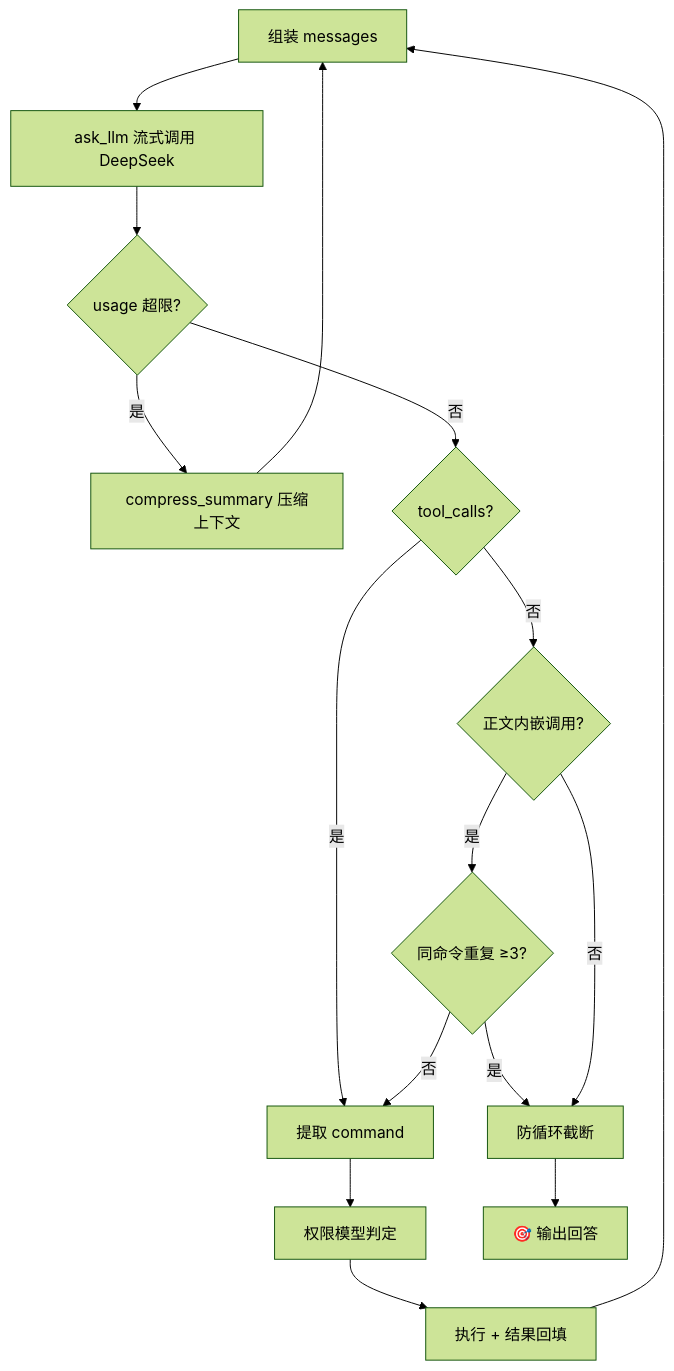
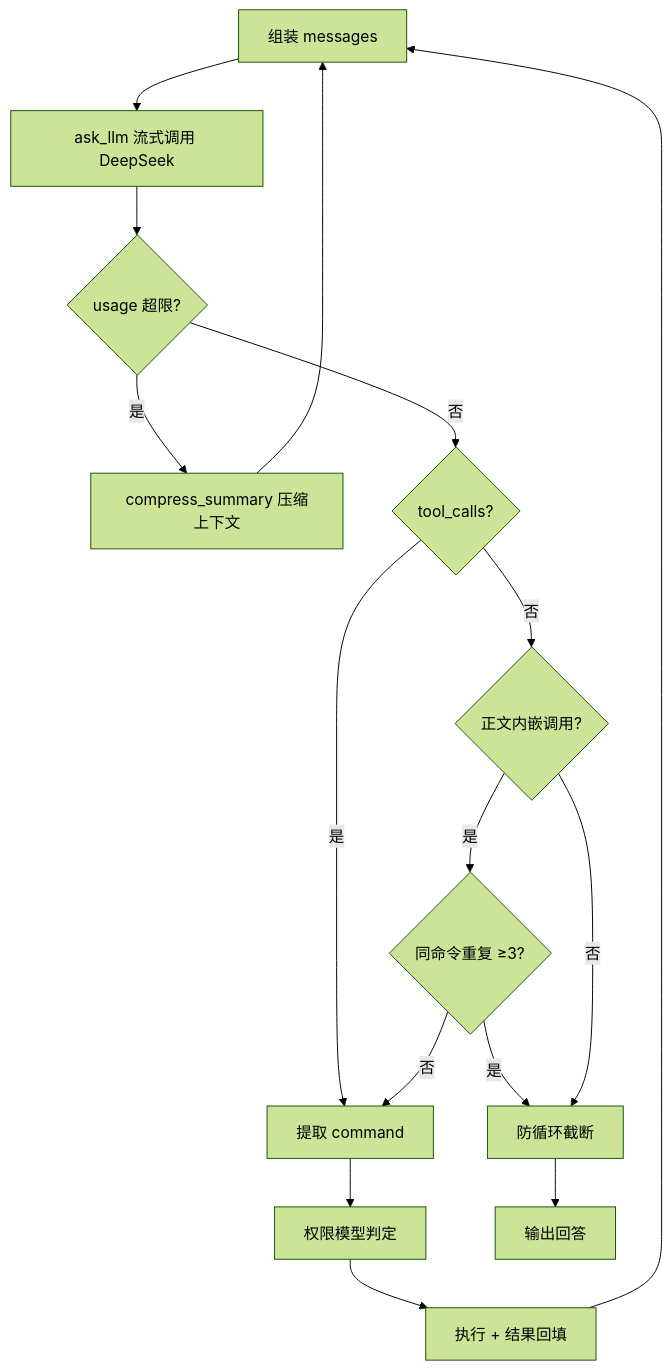
One commit to Xiyinnnnnn/Agent-For-Shell changed the second of 2 diagrams in README.md. Above: the diagram before and after it, drawn with Mermaid (forest theme). The commit also changed other lines of this file, not shown here.

````diff
--- a/README.md
+++ b/README.md
@@ -52,18 +52,18 @@
 ```mermaid
 flowchart TD
     A[组装 messages] --> B[ask_llm 流式调用 DeepSeek]
     B --> C{usage 超限?}
     C -- 是 --> D[compress_summary 压缩上下文]
     D --> A
     C -- 否 --> E{tool_calls?}
     E -- 是 --> F[提取 command]
     F --> G[权限模型判定]
     G --> H[执行 + 结果回填]
     H --> A
     E -- 否 --> I{正文内嵌调用?}
     I -- 是 --> J{同命令重复 ≥3?}
     J -- 否 --> F
     J -- 是 --> K[防循环截断]
     I -- 否 --> K
-    K --> L[🎯 输出回答]
+    K --> L[输出回答]
 ```
````
